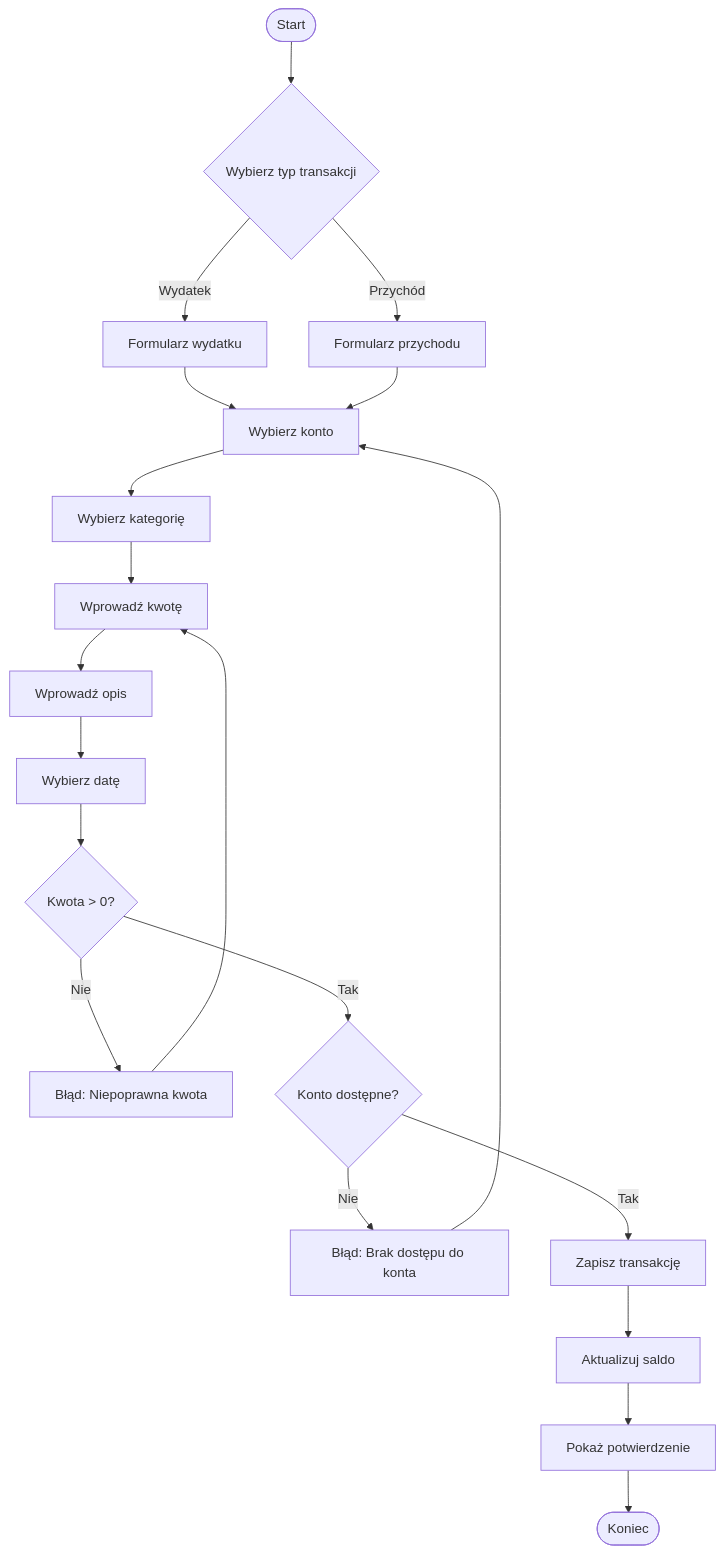
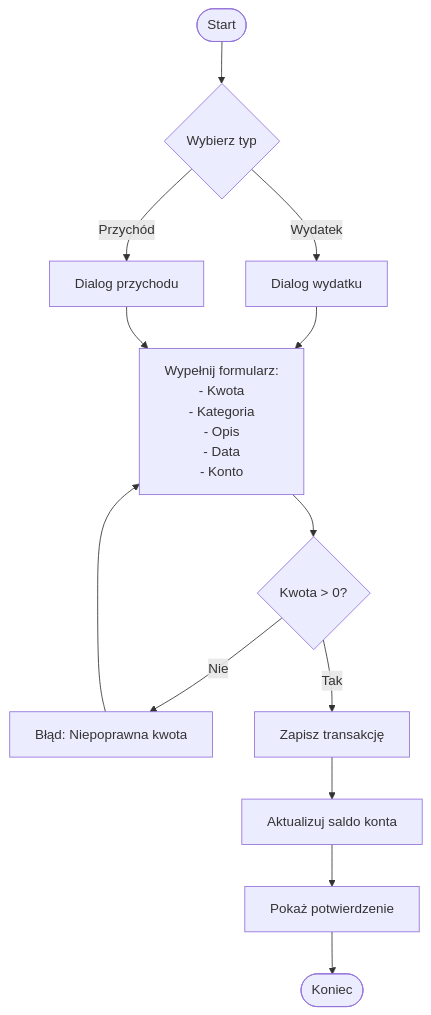
Before and after one commit to WisMaja/MyMoney: the fourth of 20 diagrams in docs/diagramy.md, drawn with Mermaid. The commit also changed other lines of this file and 10 other files, not shown here.

````diff
--- a/docs/diagramy.md
+++ b/docs/diagramy.md
@@ -121,27 +103,18 @@
 ```mermaid
 flowchart TD
-    Start([Start]) --> SelectType{Wybierz typ transakcji}
-    SelectType -->|Wydatek| ExpenseForm[Formularz wydatku]
-    SelectType -->|Przychód| IncomeForm[Formularz przychodu]
+    Start([Start]) --> SelectType{Wybierz typ}
+    SelectType -->|Wydatek| ExpenseDialog[Dialog wydatku]
+    SelectType -->|Przychód| IncomeDialog[Dialog przychodu]
     
-    ExpenseForm --> SelectWallet[Wybierz konto]
-    IncomeForm --> SelectWallet
+    ExpenseDialog --> FillForm[Wypełnij formularz:<br/>- Kwota<br/>- Kategoria<br/>- Opis<br/>- Data<br/>- Konto]
+    IncomeDialog --> FillForm
     
-    SelectWallet --> SelectCategory[Wybierz kategorię]
-    SelectCategory --> EnterAmount[Wprowadź kwotę]
-    EnterAmount --> EnterDescription[Wprowadź opis]
-    EnterDescription --> SelectDate[Wybierz datę]
+    FillForm --> ValidateAmount{Kwota > 0?}
+    ValidateAmount -->|Nie| ErrorAmount[Błąd: Niepoprawna kwota]
+    ErrorAmount --> FillForm
     
-    SelectDate --> ValidateAmount{Kwota > 0?}
-    ValidateAmount -->|Nie| ErrorAmount[Błąd: Niepoprawna kwota]
-    ErrorAmount --> EnterAmount
-    
-    ValidateAmount -->|Tak| ValidateWallet{Konto dostępne?}
-    ValidateWallet -->|Nie| ErrorWallet[Błąd: Brak dostępu do konta]
-    ErrorWallet --> SelectWallet
-    
-    ValidateWallet -->|Tak| SaveTransaction[Zapisz transakcję]
-    SaveTransaction --> UpdateBalance[Aktualizuj saldo]
+    ValidateAmount -->|Tak| SaveTransaction[Zapisz transakcję]
+    SaveTransaction --> UpdateBalance[Aktualizuj saldo konta]
     UpdateBalance --> ShowSuccess[Pokaż potwierdzenie]
     ShowSuccess --> End([Koniec])
 ```
````
